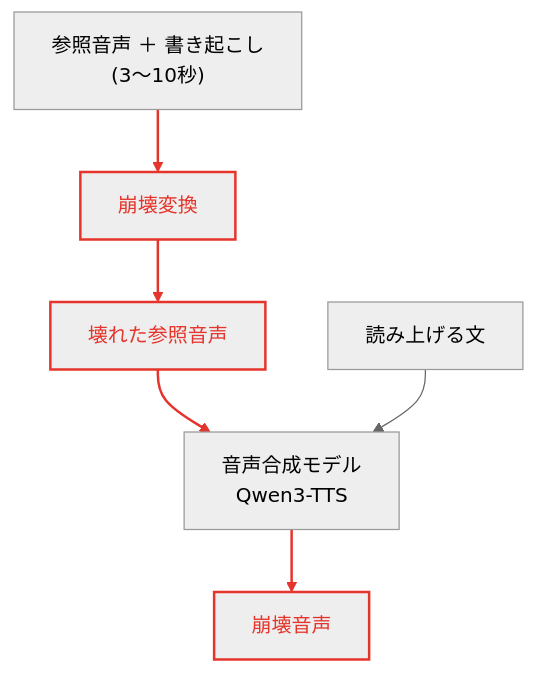
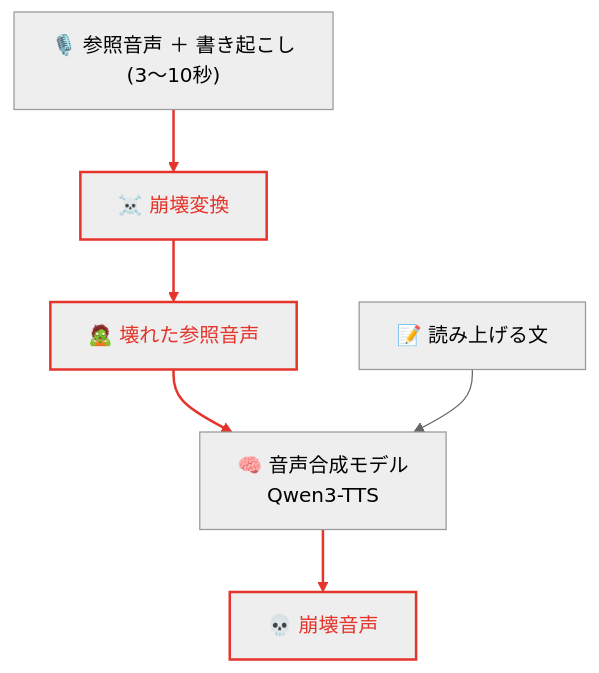
One commit to mossan-hoshi/happy-collapse-maker changed the second of 2 diagrams in README.md. Above: the diagram before and after it, drawn with Mermaid (neutral theme). The commit also changed other lines of this file, not shown here.

Commit message:
docs: フロー図の各ノードに絵文字を付ける

````diff
--- a/README.md
+++ b/README.md
@@ -39,16 +39,16 @@
 ```mermaid
 %% 縦向きの理由は上の図のコメントを参照。
 flowchart TB
-  C1["参照音声 ＋ 書き起こし<br/>(3〜10秒)"] --> CX["崩壊変換"]
-  CX --> CB["壊れた参照音声"]
-  CB --> CM["音声合成モデル<br/>Qwen3-TTS"]
-  C2["読み上げる文"] --> CM
-  CM --> CO["崩壊音声"]
+  C1["🎙️ 参照音声 ＋ 書き起こし<br/>(3〜10秒)"] --> CX["☠️ 崩壊変換"]
+  CX --> CB["🧟 壊れた参照音声"]
+  CB --> CM["🧠 音声合成モデル<br/>Qwen3-TTS"]
+  C2["📝 読み上げる文"] --> CM
+  CM --> CO["💀 崩壊音声"]
 
   %% エッジ番号は宣言順の 0 起点。崩壊経路だけを赤にする。
   %% 3 は「読み上げる文 → モデル」で、通常と同じ扱いなので赤にしない。
   %% **塗りつぶさない。**暗背景でも明背景でも読めるよう、枠線と文字色だけを赤にする。
   classDef broken stroke:#e5342b,stroke-width:2px,color:#e5342b
   class CX,CB,CO broken
   linkStyle 0,1,2,4 stroke:#e5342b,stroke-width:2px
 ```
````
